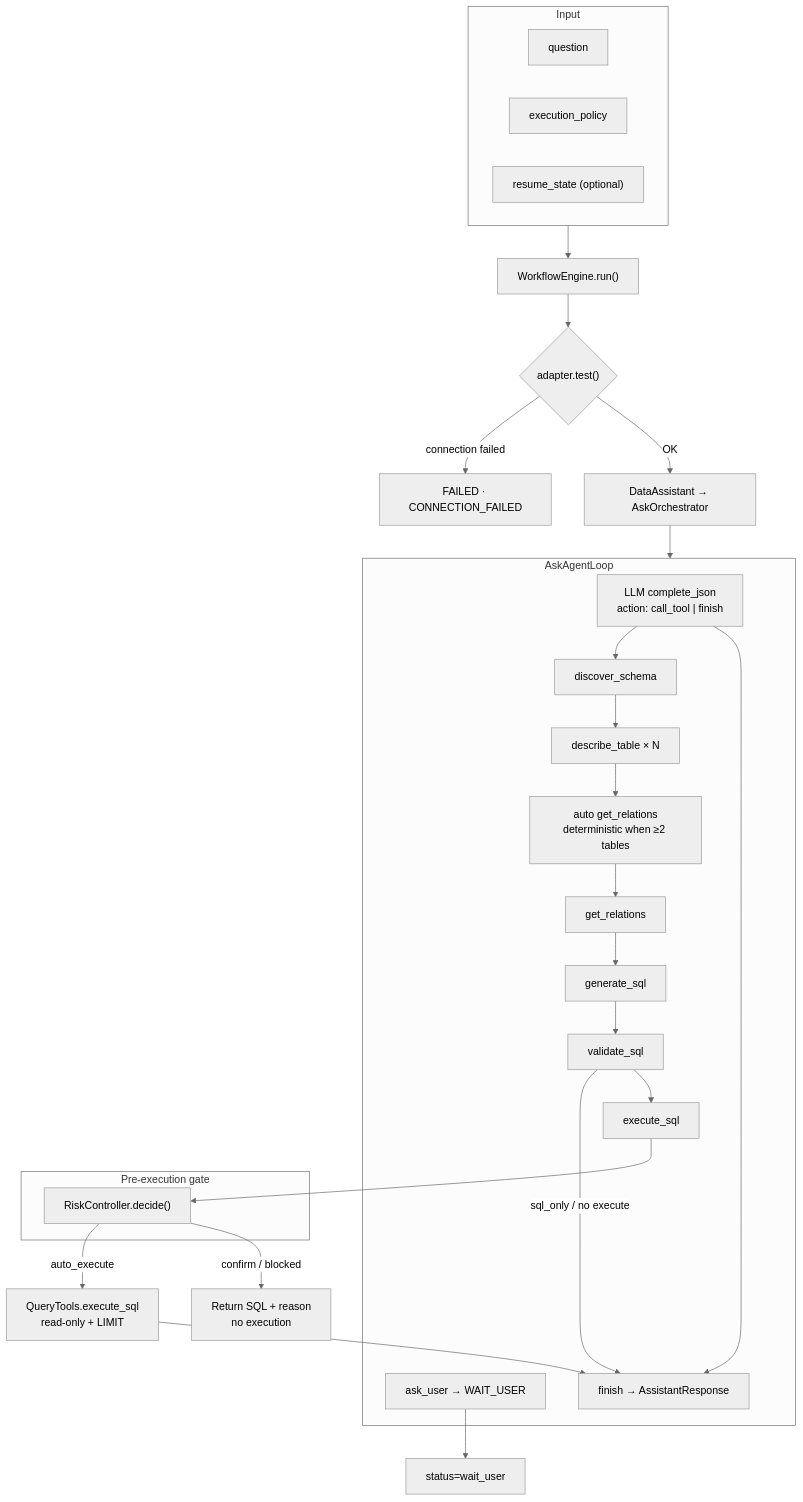
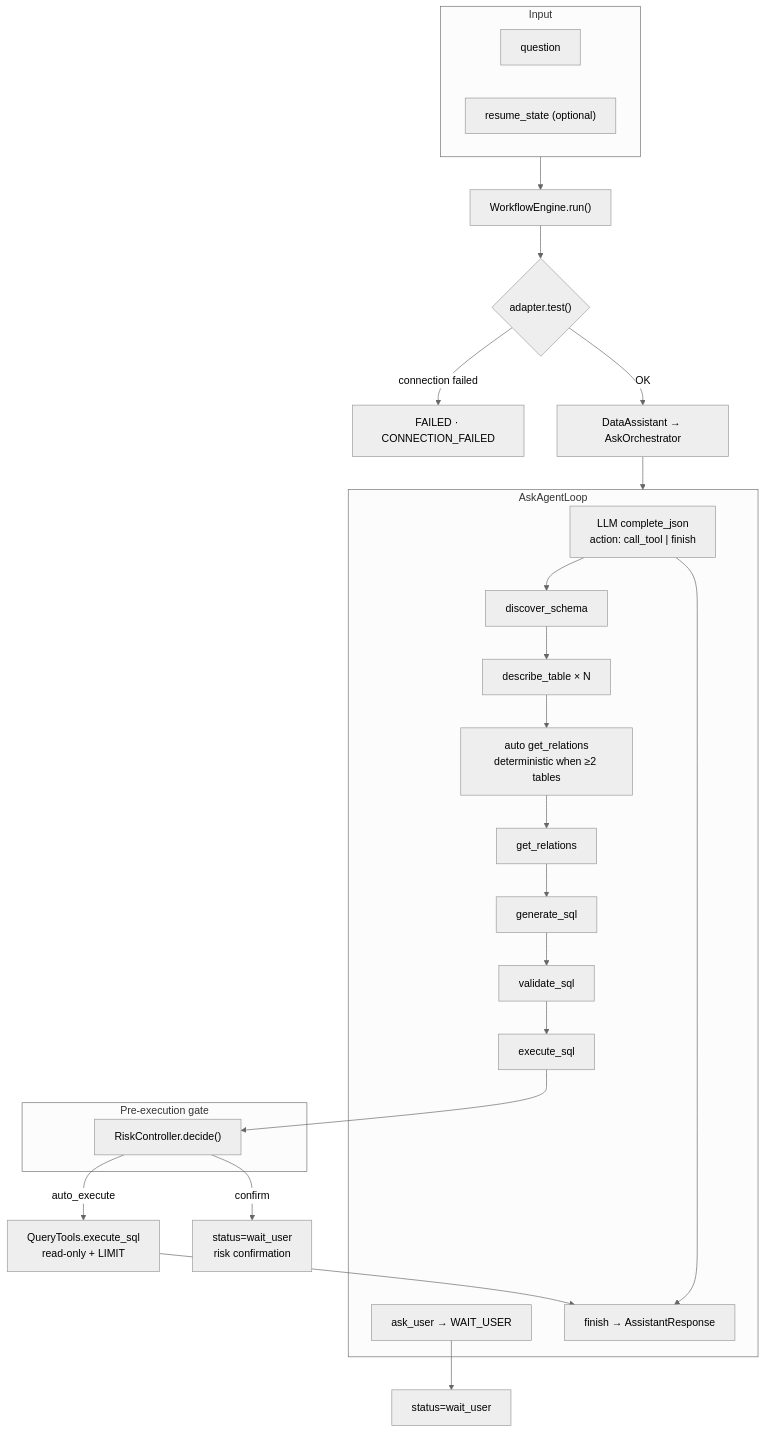
One commit to W1412X/dbaide changed the third of 8 diagrams in docs/DESIGN.md. Above: the diagram before and after it, drawn with Mermaid (neutral theme). The commit also changed other lines of this file and 107 other files, not shown here.

First line of the commit message:
refactor(cli, agent, i18n): streamline execution policies and enhance user feedback

````diff
--- a/docs/DESIGN.md
+++ b/docs/DESIGN.md
@@ -175,43 +171,41 @@
 ```mermaid
 flowchart TB
     subgraph Req["Input"]
         Q["question"]
-        POL["execution_policy"]
         RS["resume_state (optional)"]
     end
 
     WF["WorkflowEngine.run()"]
     ENV{"adapter.test()"}
     DA["DataAssistant → AskOrchestrator"]
 
     subgraph Loop["AskAgentLoop"]
         DEC["LLM complete_json<br/>action: call_tool | finish"]
         T1["discover_schema"]
         T2["describe_table × N"]
         T2A["auto get_relations<br/>deterministic when ≥2 tables"]
         T3["get_relations"]
         T4["generate_sql"]
         T5["validate_sql"]
         T6["execute_sql"]
         T7["ask_user → WAIT_USER"]
         FIN["finish → AssistantResponse"]
     end
 
     subgraph Risk["Pre-execution gate"]
         RC["RiskController.decide()"]
     end
 
     Req --> WF --> ENV
     ENV -->|connection failed| FAIL1["FAILED · CONNECTION_FAILED"]
     ENV -->|OK| DA --> Loop
 
     DEC --> T1 --> T2 --> T2A --> T3 --> T4 --> T5
-    T5 -->|sql_only / no execute| FIN
     T5 --> T6
     T6 --> RC
     RC -->|auto_execute| EXEC["QueryTools.execute_sql<br/>read-only + LIMIT"]
-    RC -->|confirm / blocked| BLOCK["Return SQL + reason<br/>no execution"]
+    RC -->|confirm| PAUSE2["status=wait_user<br/>risk confirmation"]
     EXEC --> FIN
     T7 --> PAUSE["status=wait_user"]
     DEC --> FIN
 ```
````
